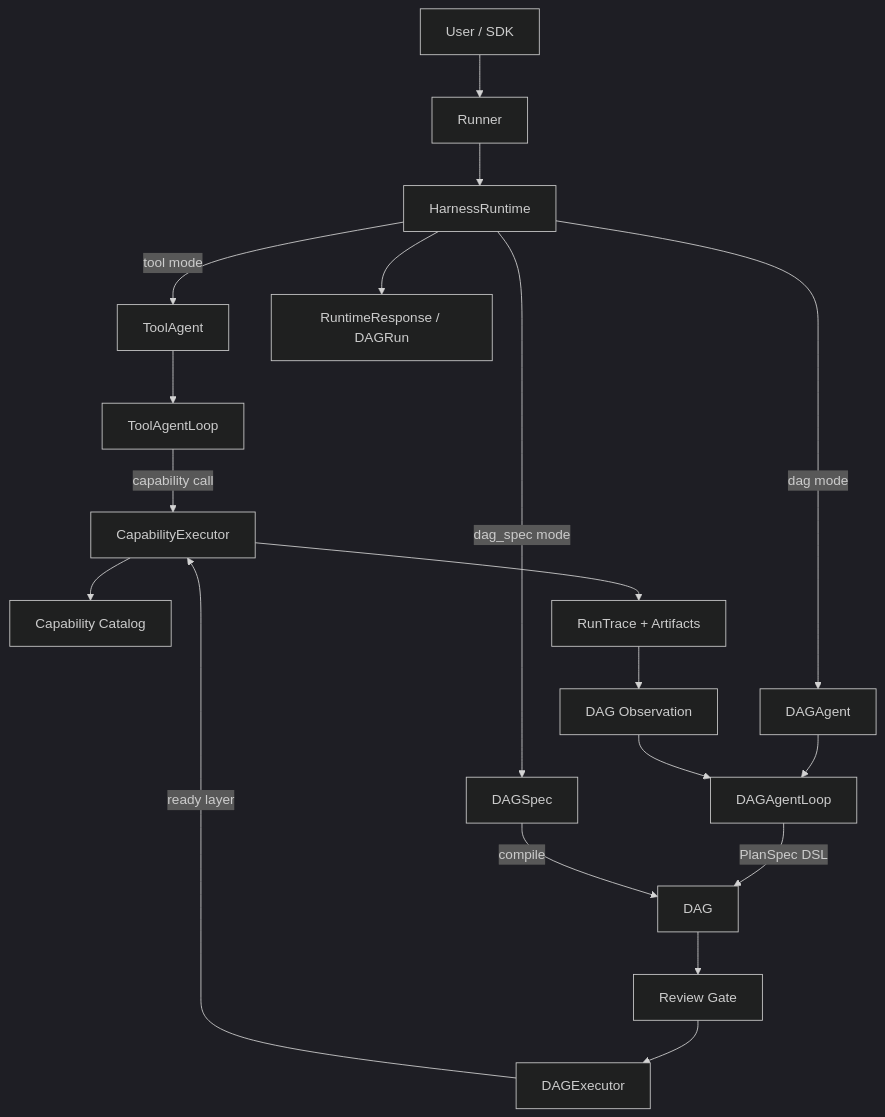
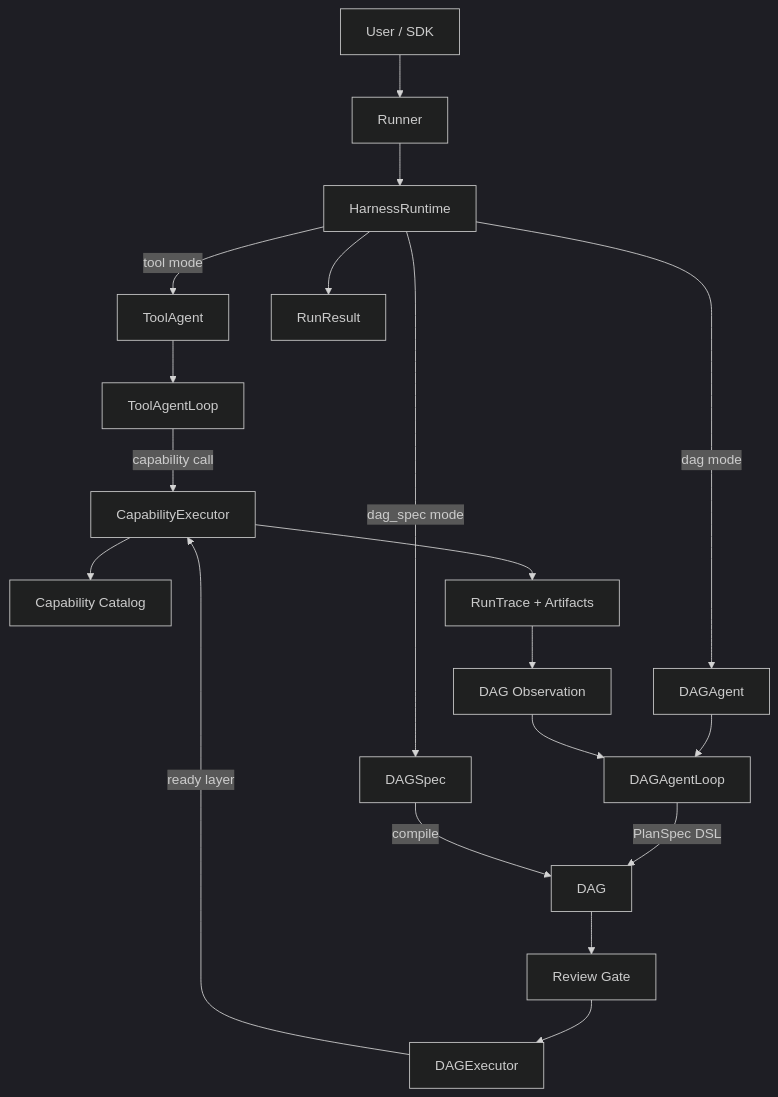
One commit to RobotSe7en/dagent changed the diagram in README.md. Above: the diagram before and after it, drawn with Mermaid (dark theme). The commit also changed other lines of this file and 8 other files, not shown here.

````diff
--- a/README.md
+++ b/README.md
@@ -242,23 +246,23 @@
 ```mermaid
 flowchart TD
   U["User / SDK"] --> RUN["Runner"]
   RUN --> HR["HarnessRuntime"]
   HR -->|"tool mode"| TA["ToolAgent"]
   HR -->|"dag mode"| DA["DAGAgent"]
   HR -->|"dag_spec mode"| DS["DAGSpec"]
 
   TA --> TAL["ToolAgentLoop"]
   TAL -->|"capability call"| CE["CapabilityExecutor"]
 
   DA --> DAL["DAGAgentLoop"]
   DAL -->|"PlanSpec DSL"| DAG["DAG"]
   DS -->|"compile"| DAG
   DAG --> RG["Review Gate"]
   RG --> DE["DAGExecutor"]
   DE -->|"ready layer"| CE
   CE --> CAT["Capability Catalog"]
   CE --> RT["RunTrace + Artifacts"]
   RT --> OBS["DAG Observation"]
   OBS --> DAL
-  HR --> RR["RuntimeResponse / DAGRun"]
+  HR --> RR["RunResult"]
 ```
````
